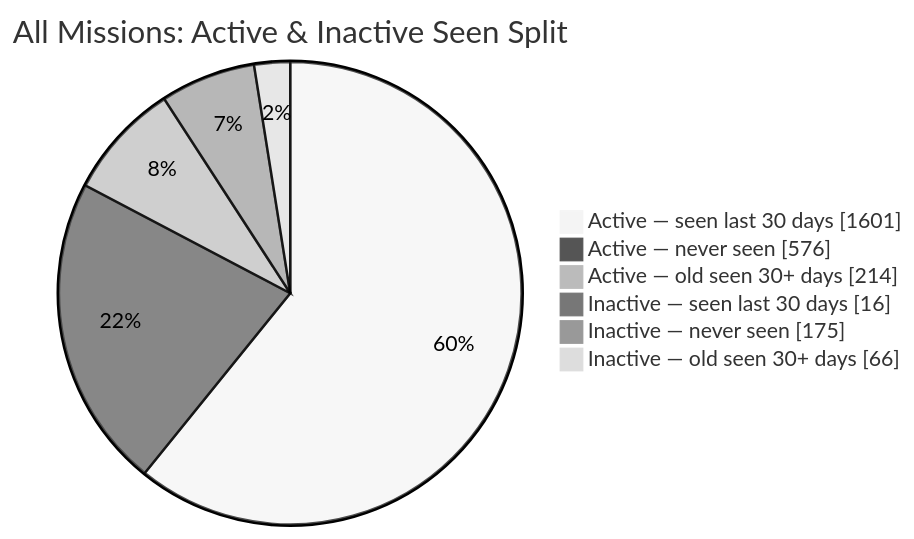
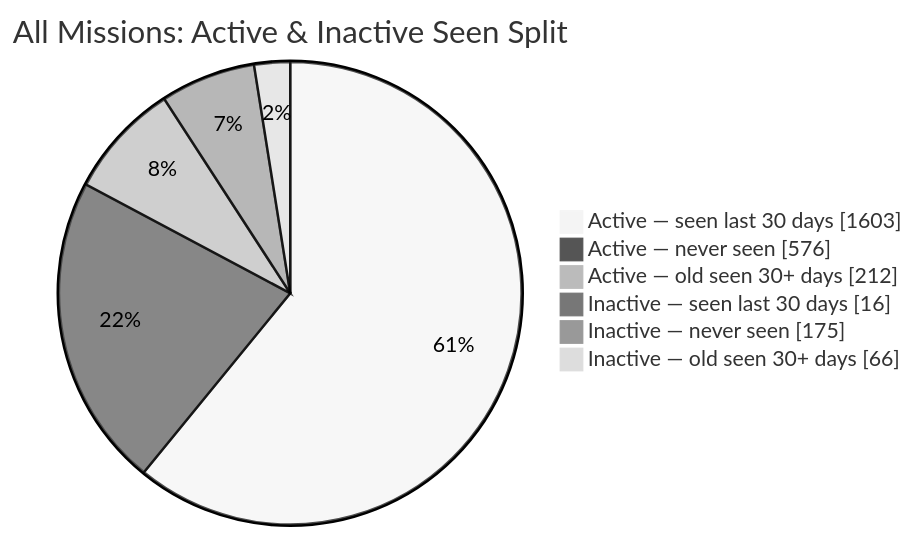
One commit to MeldkamerspelGameTeam/active-missions changed the second of 2 diagrams in README.md. Above: the diagram before and after it, drawn with Mermaid (neutral theme). The commit also changed other lines of this file and 3 other files, not shown here.

````diff
--- a/README.md
+++ b/README.md
@@ -44,10 +44,10 @@
 ```mermaid
 pie showData
     title All Missions: Active & Inactive Seen Split
-    "Active — seen last 30 days" : 1601
+    "Active — seen last 30 days" : 1603
     "Active — never seen" : 576
-    "Active — old seen 30+ days" : 214
+    "Active — old seen 30+ days" : 212
     "Inactive — seen last 30 days" : 16
     "Inactive — never seen" : 175
     "Inactive — old seen 30+ days" : 66
 ```
````
